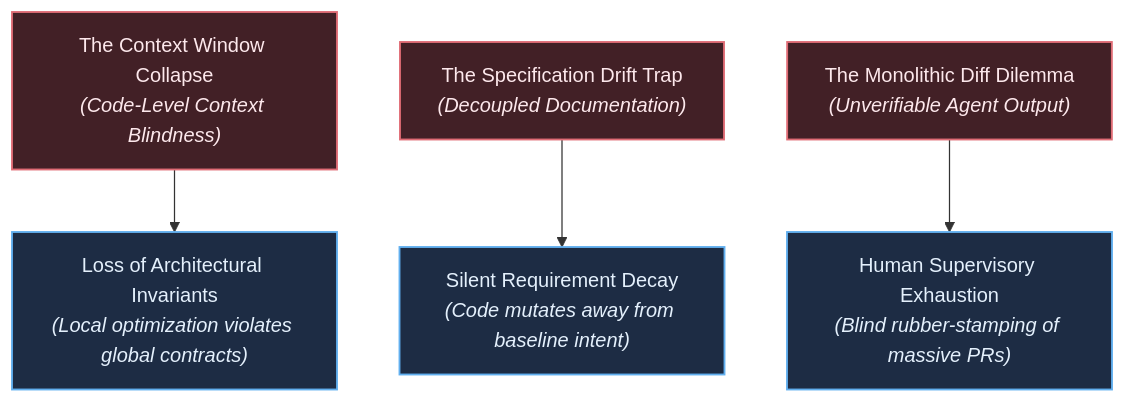
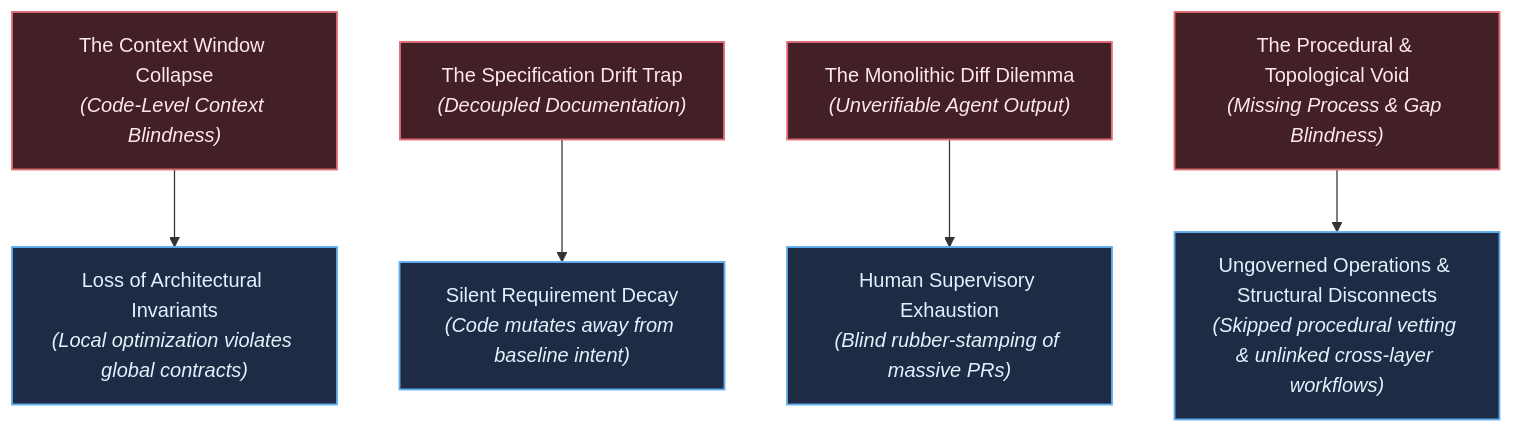
The first of 4 diagrams in docs/vision/vision.md (Shapedsundew9/tks), drawn with Mermaid before and after one commit. The commit also changed other lines of this file, not shown here.

Commit message:
Enhance technical vision document by adding new failure modes and detailing procedural knowledge modeling for improved architectural coherence and compliance.

````diff
--- a/docs/vision/vision.md
+++ b/docs/vision/vision.md
@@ -9,45 +9,48 @@
 ```mermaid
 %%{init: {
   'theme': 'base',
   'themeVariables': {
     'darkMode': true,
     'background': '#161922',
     'mainBkg': '#1e2230',
     'nodeBorder': '#434c5e',
     'textColor': '#e2e8f0',
     'fontFamily': 'ui-sans-serif, system-ui, -apple-system, BlinkMacSystemFont, "Segoe UI", Roboto, "Helvetica Neue", Arial, sans-serif',
     'fontSize': '14px',
     'lineColor': '#8892b0',
     'primaryColor': '#422026',
     'primaryTextColor': '#fde8ec',
     'primaryBorderColor': '#e06c75',
     'secondaryColor': '#1b3528',
     'secondaryTextColor': '#e6f7ee',
     'secondaryBorderColor': '#73c991',
     'tertiaryColor': '#1d2c44',
     'tertiaryTextColor': '#e4f0fc',
     'tertiaryBorderColor': '#61afef',
     'clusterBkg': '#13161f',
     'clusterBorder': '#373e51',
     'noteBkgColor': '#2e271a',
     'noteTextColor': '#fdf4db',
     'noteBorderColor': '#e5c07b',
     'edgeLabelBackground': '#1a1d27'
   }
 }}%%
 flowchart TD
     classDef primary fill:#422026,stroke:#e06c75,stroke-width:1.5px,color:#fde8ec;
     classDef tertiary fill:#1d2c44,stroke:#61afef,stroke-width:1.5px,color:#e4f0fc;
 
     F1["The Context Window Collapse<br/><i>(Code-Level Context Blindness)</i>"]:::primary
     F2["The Specification Drift Trap<br/><i>(Decoupled Documentation)</i>"]:::primary
     F3["The Monolithic Diff Dilemma<br/><i>(Unverifiable Agent Output)</i>"]:::primary
+    F4["The Procedural & Topological Void<br/><i>(Missing Process & Gap Blindness)</i>"]:::primary
 
     C1["Loss of Architectural Invariants<br/><i>(Local optimization violates global contracts)</i>"]:::tertiary
     C2["Silent Requirement Decay<br/><i>(Code mutates away from baseline intent)</i>"]:::tertiary
     C3["Human Supervisory Exhaustion<br/><i>(Blind rubber-stamping of massive PRs)</i>"]:::tertiary
+    C4["Ungoverned Operations & Structural Disconnects<br/><i>(Skipped procedural vetting & unlinked cross-layer workflows)</i>"]:::tertiary
 
     F1 --> C1
     F2 --> C2
     F3 --> C3
+    F4 --> C4
 ```
````
